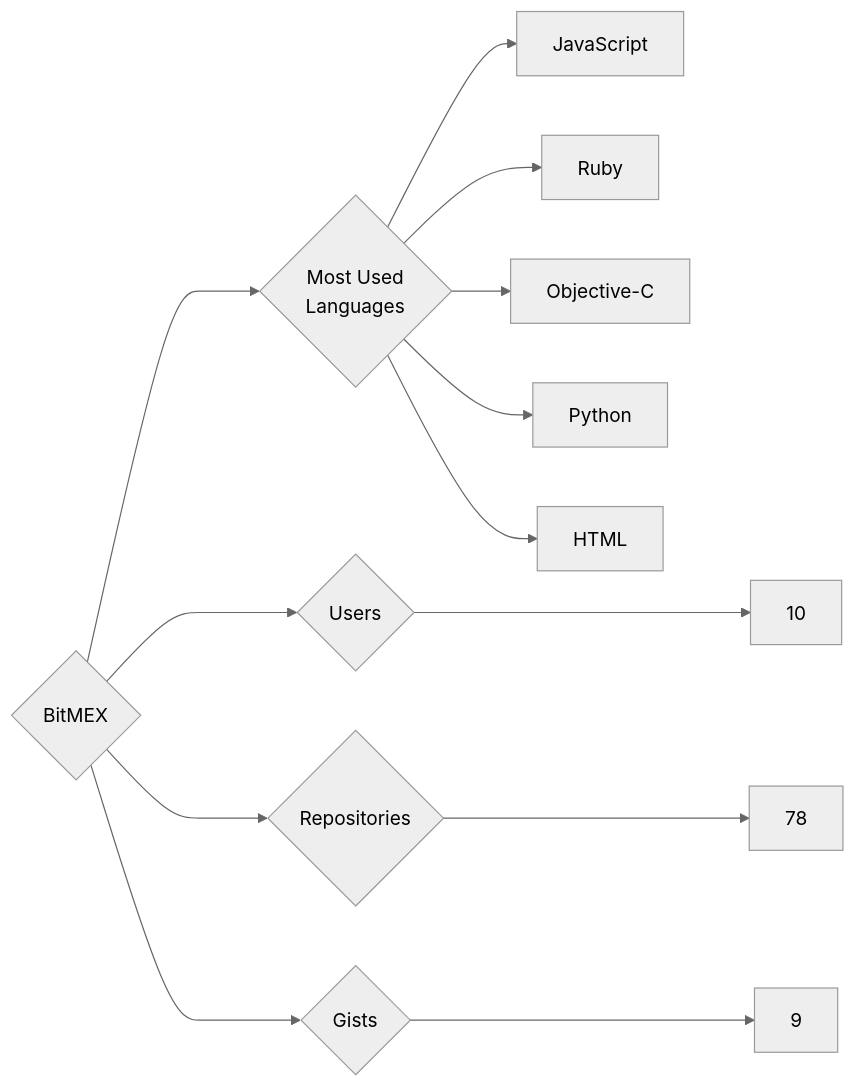
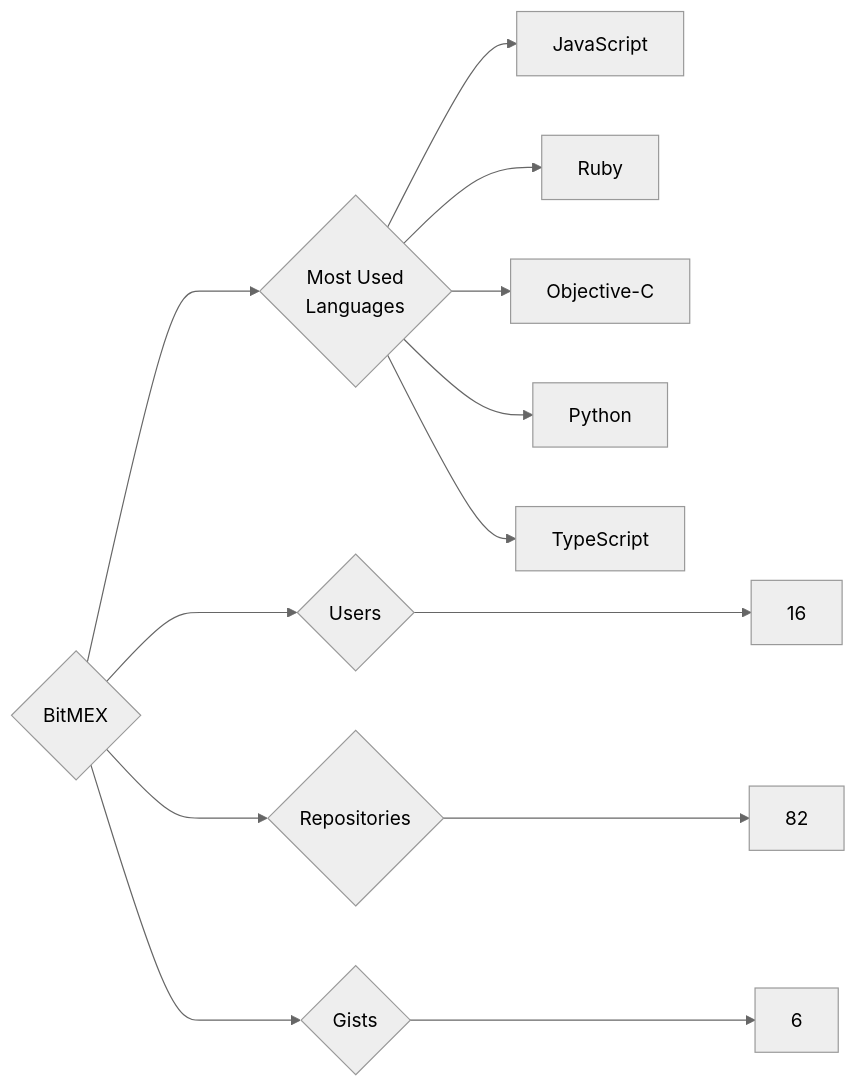
Before and after one commit to trickest/insiders: the diagram in targets/BitMEX/README.md, drawn with Mermaid (neutral theme). The commit also changed 951 other files, not shown here.

````diff
--- a/targets/BitMEX/README.md
+++ b/targets/BitMEX/README.md
@@ -3,13 +3,13 @@
 ```mermaid
 graph LR
 COMPANY_NAME{BitMEX}
-COMPANY_NAME ---> U{Users} ---> UN[10]
-COMPANY_NAME ---> R{Repositories} ---> RN[78]
-COMPANY_NAME ---> G{Gists} ---> GN[9]
+COMPANY_NAME ---> U{Users} ---> UN[16]
+COMPANY_NAME ---> R{Repositories} ---> RN[82]
+COMPANY_NAME ---> G{Gists} ---> GN[6]
 COMPANY_NAME ---> ML{Most Used<br>Languages}
-ML --> JavaScript
-ML --> Ruby
-ML --> Objective-C
-ML --> Python
-ML --> HTML
+ML --> JavaScript[JavaScript]
+ML --> Ruby[Ruby]
+ML --> Objective-C[Objective-C]
+ML --> Python[Python]
+ML --> TypeScript[TypeScript]
 ```
````
